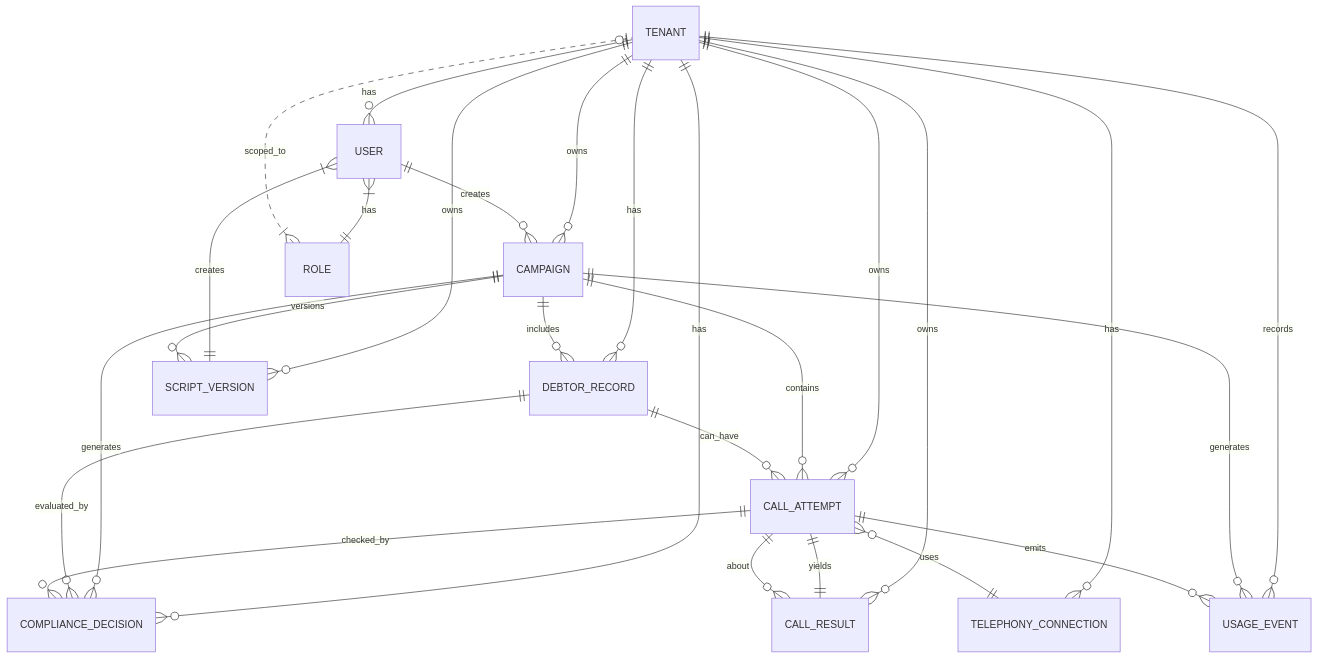
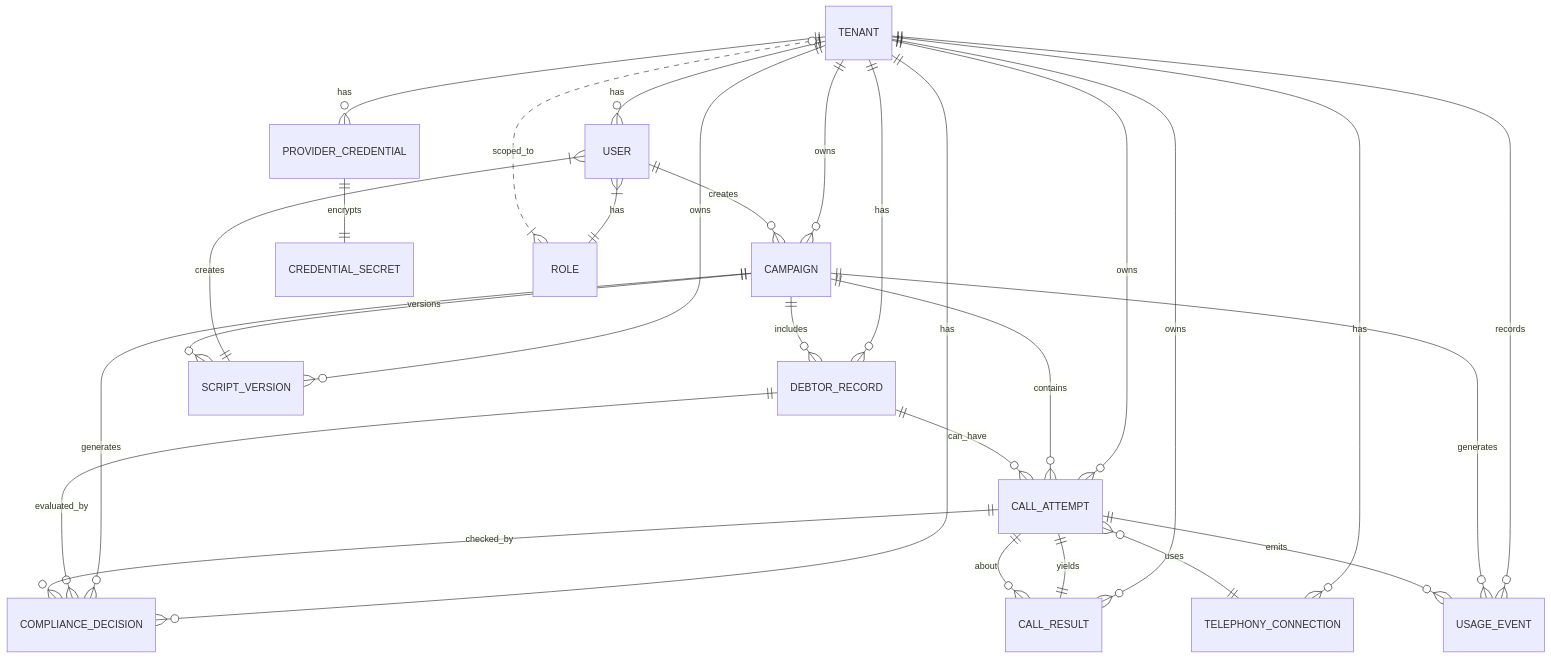
One commit to IvanLushnikov/ai-collector changed the diagram in docs/domain-model.md. Above: the diagram before and after it, drawn with Mermaid. The commit also changed other lines of this file and 151 other files, not shown here.

````diff
--- a/docs/domain-model.md
+++ b/docs/domain-model.md
@@ -238,34 +275,37 @@
 ```mermaid
 erDiagram
     TENANT ||--o{ USER : has
     TENANT ||--o{ CAMPAIGN : owns
     TENANT ||--o{ DEBTOR_RECORD : has
     TENANT ||--o{ SCRIPT_VERSION : owns
     TENANT ||--o{ TELEPHONY_CONNECTION : has
     TENANT ||--o{ USAGE_EVENT : records
     TENANT ||--o{ COMPLIANCE_DECISION : has
     TENANT ||--o{ CALL_ATTEMPT : owns
     TENANT ||--o{ CALL_RESULT : owns
+
+    TENANT ||--o{ PROVIDER_CREDENTIAL : has
+    PROVIDER_CREDENTIAL ||--|| CREDENTIAL_SECRET : encrypts
 
     USER ||--o{ CAMPAIGN : creates
     USER }|--|| ROLE : has
     USER }|--|| SCRIPT_VERSION : creates
 
     ROLE }|..o| TENANT : scoped_to
 
     CAMPAIGN ||--o{ DEBTOR_RECORD : includes
     CAMPAIGN ||--o{ SCRIPT_VERSION : versions
     CAMPAIGN ||--o{ COMPLIANCE_DECISION : generates
     CAMPAIGN ||--o{ CALL_ATTEMPT : contains
     CAMPAIGN ||--o{ USAGE_EVENT : generates
 
     DEBTOR_RECORD ||--o{ CALL_ATTEMPT : can_have
     DEBTOR_RECORD ||--o{ COMPLIANCE_DECISION : evaluated_by
 
     CALL_ATTEMPT ||--|| CALL_RESULT : yields
     CALL_ATTEMPT ||--o{ COMPLIANCE_DECISION : checked_by
     CALL_ATTEMPT ||--o{ USAGE_EVENT : emits
     CALL_ATTEMPT }o--|| TELEPHONY_CONNECTION : uses
 
     CALL_RESULT }o--|| CALL_ATTEMPT : about
 ```
````
